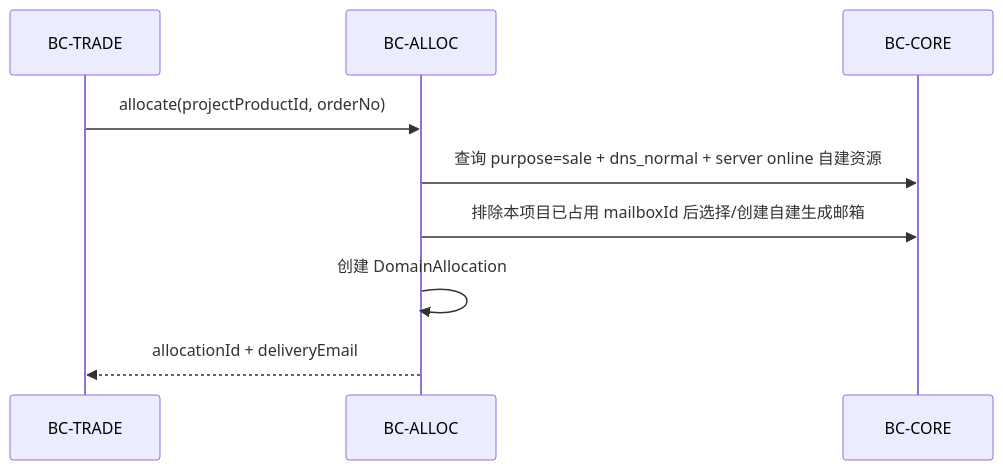
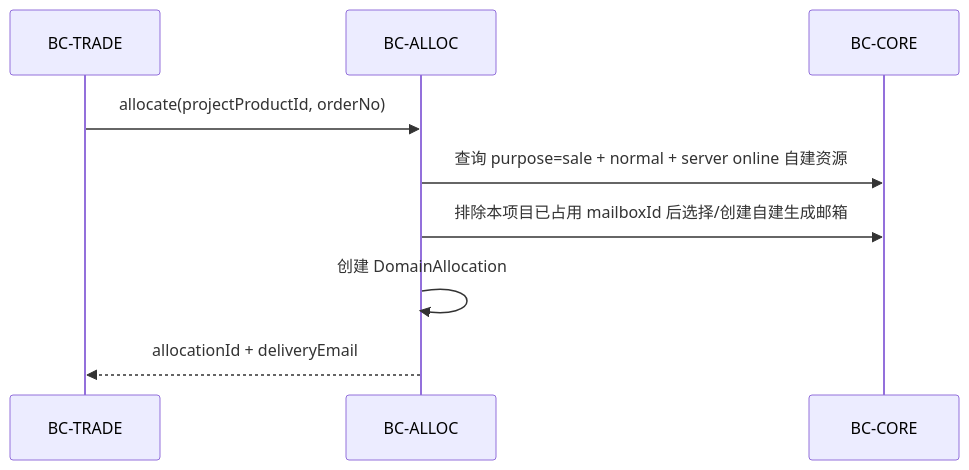
One commit to donnel666/remail changed the third of 3 diagrams in docs/2-allocation-routing.md. Above: the diagram before and after it, drawn with Mermaid. The commit also changed other lines of this file and 40 other files, not shown here.

````diff
--- a/docs/2-allocation-routing.md
+++ b/docs/2-allocation-routing.md
@@ -153,11 +154,11 @@
 ```mermaid
 sequenceDiagram
     participant T as BC-TRADE
     participant A as BC-ALLOC
     participant C as BC-CORE
     T->>A: allocate(projectProductId, orderNo)
-    A->>C: 查询 purpose=sale + dns_normal + server online 自建资源
+    A->>C: 查询 purpose=sale + normal + server online 自建资源
     A->>C: 排除本项目已占用 mailboxId 后选择/创建自建生成邮箱
     A->>A: 创建 DomainAllocation
     A-->>T: allocationId + deliveryEmail
 ```
````
